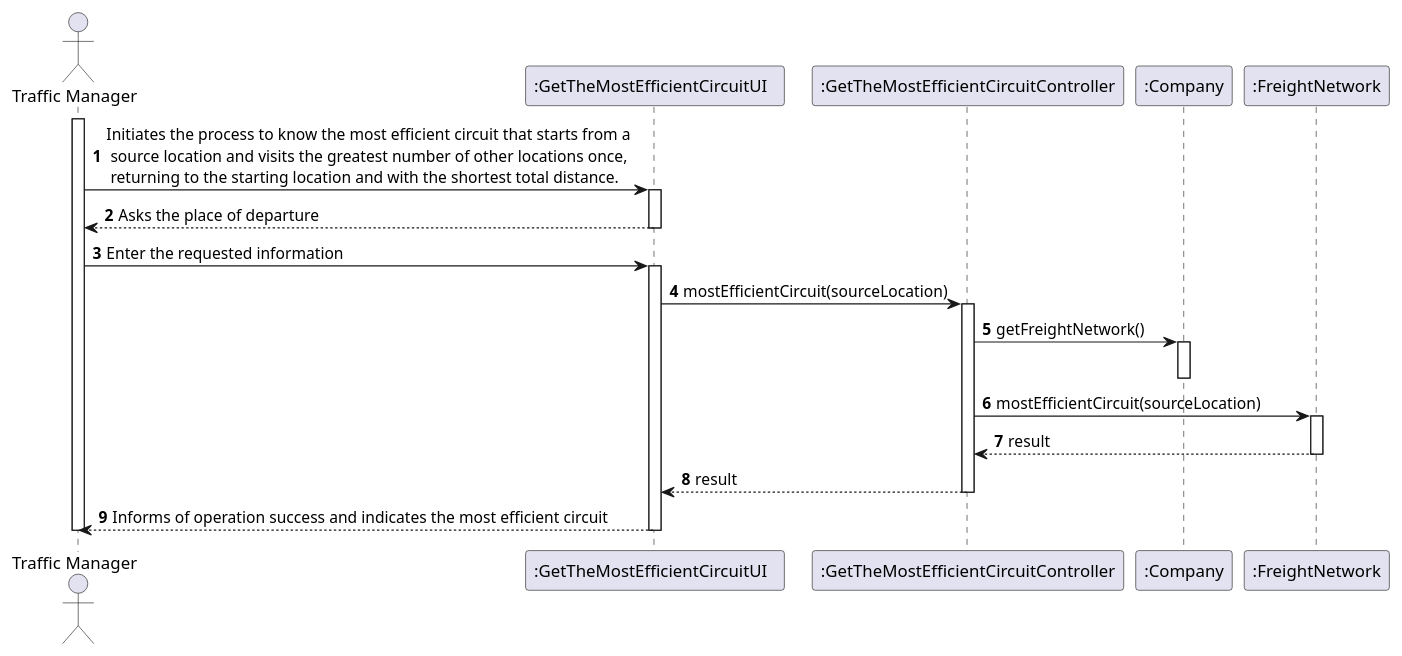
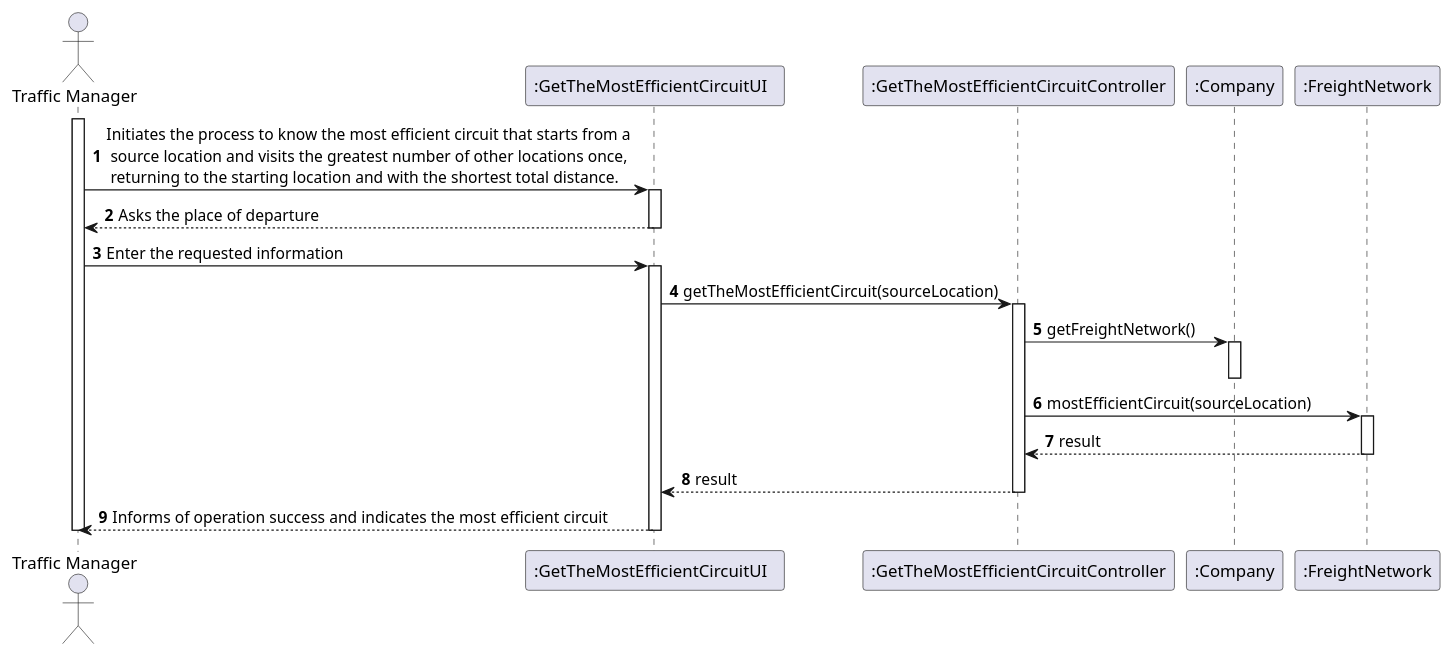
The diagram in docs/US403/US403_SD.puml (0franciscor/lapr3-2021-g042), drawn with PlantUML before and after one commit. The commit also changed 5 other files, not shown here.

```diff
--- a/docs/US403/US403_SD.puml
+++ b/docs/US403/US403_SD.puml
@@ -1,37 +1,37 @@
 @startuml
 'https://plantuml.com/sequence-diagram
 
 autonumber
 actor "Traffic Manager" as TM
 participant ":GetTheMostEfficientCircuitUI  " as UI
 participant ":GetTheMostEfficientCircuitController" as CTRL
 participant ":Company" as CMP
 participant ":FreightNetwork" as network
 
 activate TM
 TM -> UI : Initiates the process to know the most efficient circuit that starts from a \n source location and visits the greatest number of other locations once, \n returning to the starting location and with the shortest total distance.
 
 activate UI
 
 UI --> TM : Asks the place of departure
 deactivate UI
 
 TM -> UI : Enter the requested information
 activate UI
-UI -> CTRL : mostEfficientCircuit(sourceLocation)
+UI -> CTRL :  getTheMostEfficientCircuit(sourceLocation)
 activate CTRL
 CTRL -> CMP : getFreightNetwork()
 activate CMP
 deactivate CMP
 CTRL -> network : mostEfficientCircuit(sourceLocation)
 activate network
 network--> CTRL : result
 deactivate network
 CTRL --> UI : result
 deactivate CTRL
 UI --> TM : Informs of operation success and indicates the most efficient circuit
 deactivate UI
 
 deactivate TM
 
 @enduml
```
